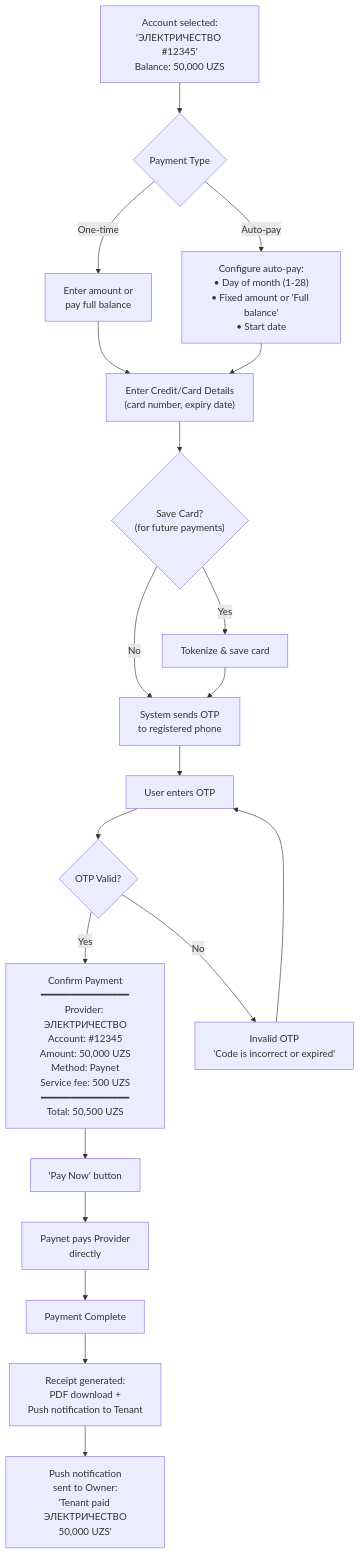
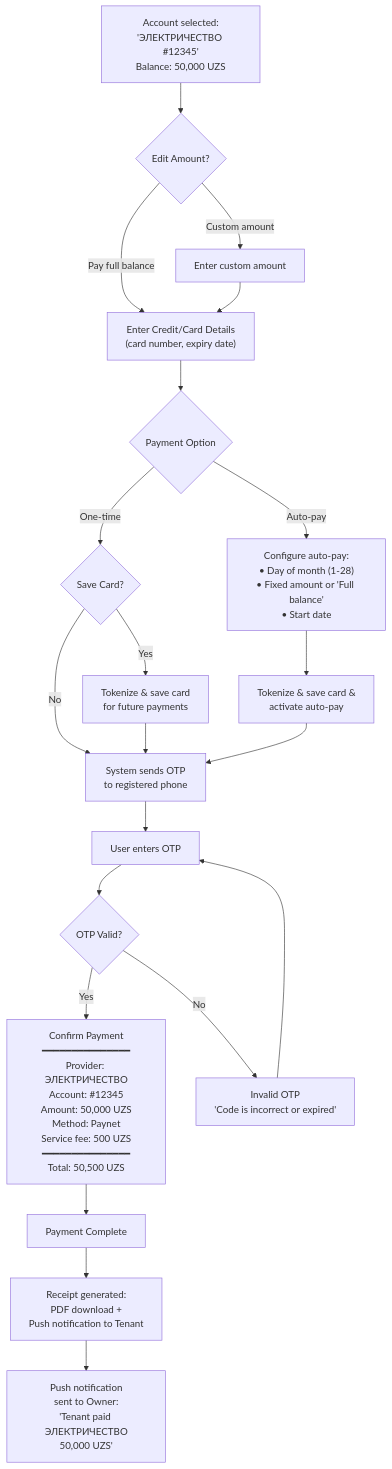
Before and after one commit to saodatm-dev/Utilities---Informational-Architecture: the fifth of 10 diagrams in utilities-payment-userflow.md, drawn with Mermaid. The commit also changed other lines of this file and 8 other files, not shown here.

Commit message:
feat: Refine utility payment user flow by making owner-pre-filled account numbers read-only for tenants, streamlining payment options, and removing outdated assets.

````diff
--- a/utilities-payment-userflow.md
+++ b/utilities-payment-userflow.md
@@ -158,34 +152,32 @@
 ```mermaid
 flowchart TD
-    ACC["Account selected:<br/>'ЭЛЕКТРИЧЕСТВО #12345'<br/>Balance: 50,000 UZS"] --> TYPE{"Payment Type"}
+    ACC["Account selected:<br/>'ЭЛЕКТРИЧЕСТВО #12345'<br/>Balance: 50,000 UZS"] --> EDIT_AMT{"Edit Amount?"}
+    EDIT_AMT -->|"Pay full balance"| CARD_DETAILS["Enter Credit/Card Details<br/>(card number, expiry date)"]
+    EDIT_AMT -->|"Custom amount"| CUSTOM_AMT["Enter custom amount"] --> CARD_DETAILS
 
-    TYPE -->|"One-time"| AMOUNT["Enter amount or<br/>pay full balance"]
-    TYPE -->|"Auto-pay"| SCHED["Configure auto-pay:<br/>• Day of month (1-28)<br/>• Fixed amount or 'Full balance'<br/>• Start date"]
+    CARD_DETAILS --> PAY_OPTS{"Payment Option"}
 
-    AMOUNT --> CARD_DETAILS
-    SCHED --> CARD_DETAILS
-
-    CARD_DETAILS["Enter Credit/Card Details<br/>(card number, expiry date)"]
-
-    CARD_DETAILS --> SAVE_CARD{"Save Card?<br/>(for future payments)"}
-    SAVE_CARD -->|"Yes"| TOKENIZE["Tokenize & save card"]
+    PAY_OPTS -->|"One-time"| SAVE_CARD{"Save Card?"}
+    SAVE_CARD -->|"Yes"| TOKENIZE["Tokenize & save card<br/>for future payments"]
     SAVE_CARD -->|"No"| SEND_OTP
     TOKENIZE --> SEND_OTP
+
+    PAY_OPTS -->|"Auto-pay"| SCHED["Configure auto-pay:<br/>• Day of month (1-28)<br/>• Fixed amount or 'Full balance'<br/>• Start date"]
+    SCHED --> AUTO_SAVE["Tokenize & save card &<br/>activate auto-pay"]
+    AUTO_SAVE --> SEND_OTP
 
     SEND_OTP["System sends OTP<br/>to registered phone"]
     SEND_OTP --> ENTER_OTP["User enters OTP"]
     ENTER_OTP --> OTP_CHECK{"OTP Valid?"}
 
     OTP_CHECK -->|"Yes"| CONFIRM
     OTP_CHECK -->|"No"| OTP_ERROR["Invalid OTP<br/>'Code is incorrect or expired'"]
     OTP_ERROR --> ENTER_OTP
 
     CONFIRM["Confirm Payment<br/>━━━━━━━━━━━━━━━<br/>Provider: ЭЛЕКТРИЧЕСТВО<br/>Account: #12345<br/>Amount: 50,000 UZS<br/>Method: Paynet<br/>Service fee: 500 UZS<br/>━━━━━━━━━━━━━━━<br/>Total: 50,500 UZS"]
 
-    CONFIRM --> PAY["'Pay Now' button"]
-    PAY --> PAYNET_PAY["Paynet pays Provider<br/>directly"]
-    PAYNET_PAY --> DONE["Payment Complete"]
+    CONFIRM --> DONE["Payment Complete"]
     DONE --> RECEIPT["Receipt generated:<br/>PDF download +<br/>Push notification to Tenant"]
     RECEIPT --> NOTIFY_OWNER["Push notification<br/>sent to Owner:<br/>'Tenant paid ЭЛЕКТРИЧЕСТВО<br/>50,000 UZS'"]
 
 ```
````
